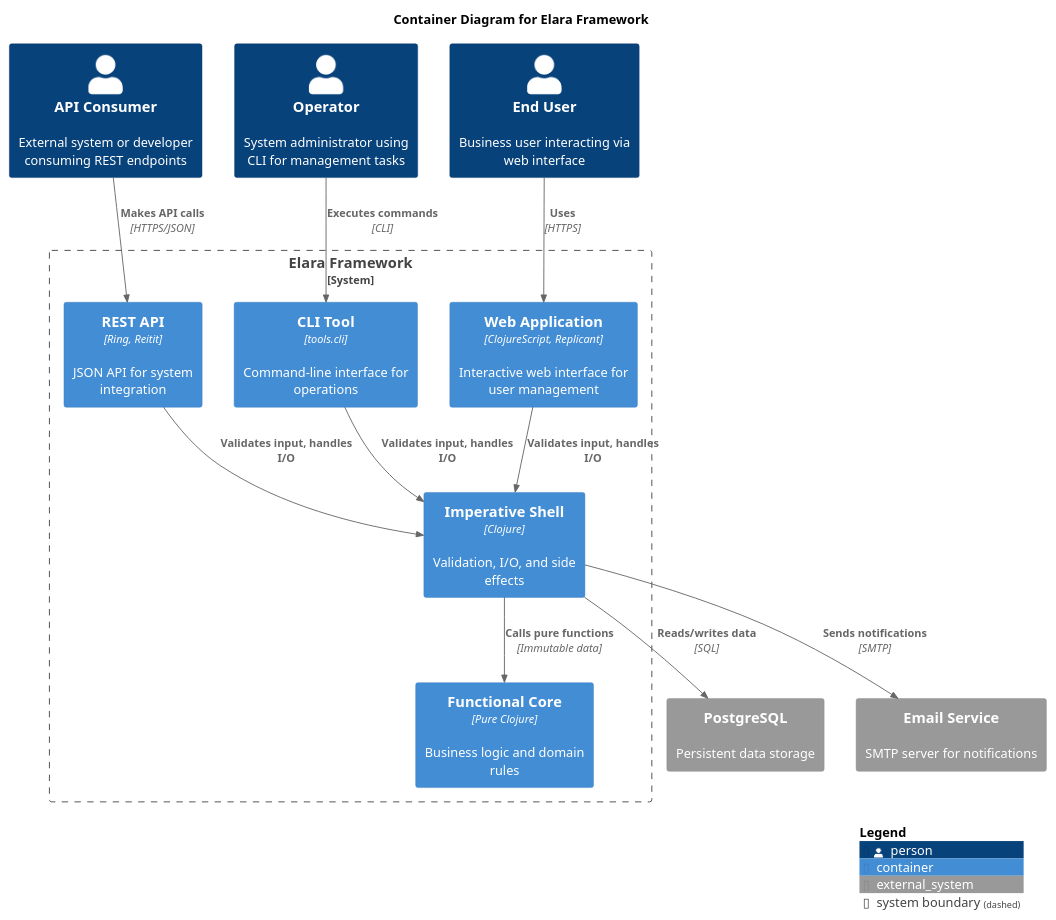
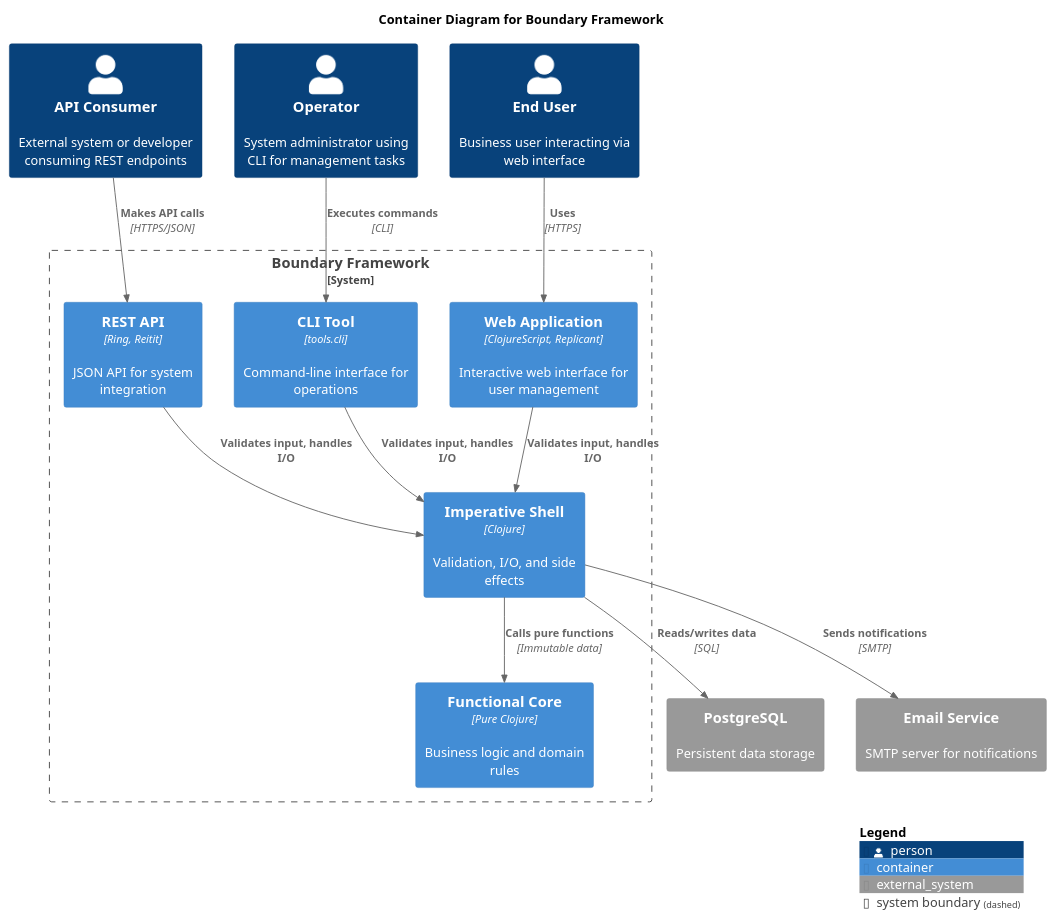
The diagram in docs/diagrams/c4-container.puml (thijs-creemers/boundary), drawn with PlantUML before and after one commit. The commit also changed 109 other files, not shown here.

```diff
--- a/docs/diagrams/c4-container.puml
+++ b/docs/diagrams/c4-container.puml
@@ -1,38 +1,38 @@
 @startuml
 !include https://raw.githubusercontent.com/plantuml-stdlib/C4-PlantUML/master/C4_Container.puml
 
 LAYOUT_WITH_LEGEND()
 
-title Container Diagram for Elara Framework
+title Container Diagram for Boundary Framework
 
 Person(api_user, "API Consumer", "External system or developer consuming REST endpoints")
 Person(cli_user, "Operator", "System administrator using CLI for management tasks")  
 Person(web_user, "End User", "Business user interacting via web interface")
 
-System_Boundary(elara, "Elara Framework") {
+System_Boundary(boundary, "Boundary Framework") {
     Container(web_app, "Web Application", "ClojureScript, Replicant", "Interactive web interface for user management")
     Container(api_app, "REST API", "Ring, Reitit", "JSON API for system integration")
     Container(cli_app, "CLI Tool", "tools.cli", "Command-line interface for operations")
     
     Container(core, "Functional Core", "Pure Clojure", "Business logic and domain rules")
     Container(shell, "Imperative Shell", "Clojure", "Validation, I/O, and side effects")
 }
 
 System_Ext(database, "PostgreSQL", "Persistent data storage")
 System_Ext(email, "Email Service", "SMTP server for notifications")
 
 Rel(api_user, api_app, "Makes API calls", "HTTPS/JSON")
 Rel(cli_user, cli_app, "Executes commands", "CLI")
 Rel(web_user, web_app, "Uses", "HTTPS")
 
 Rel(api_app, shell, "Validates input, handles I/O")
 Rel(cli_app, shell, "Validates input, handles I/O")  
 Rel(web_app, shell, "Validates input, handles I/O")
 
 Rel(shell, core, "Calls pure functions", "Immutable data")
 Rel(shell, database, "Reads/writes data", "SQL")
 Rel(shell, email, "Sends notifications", "SMTP")
 
 SHOW_LEGEND()
 
 @enduml
```
